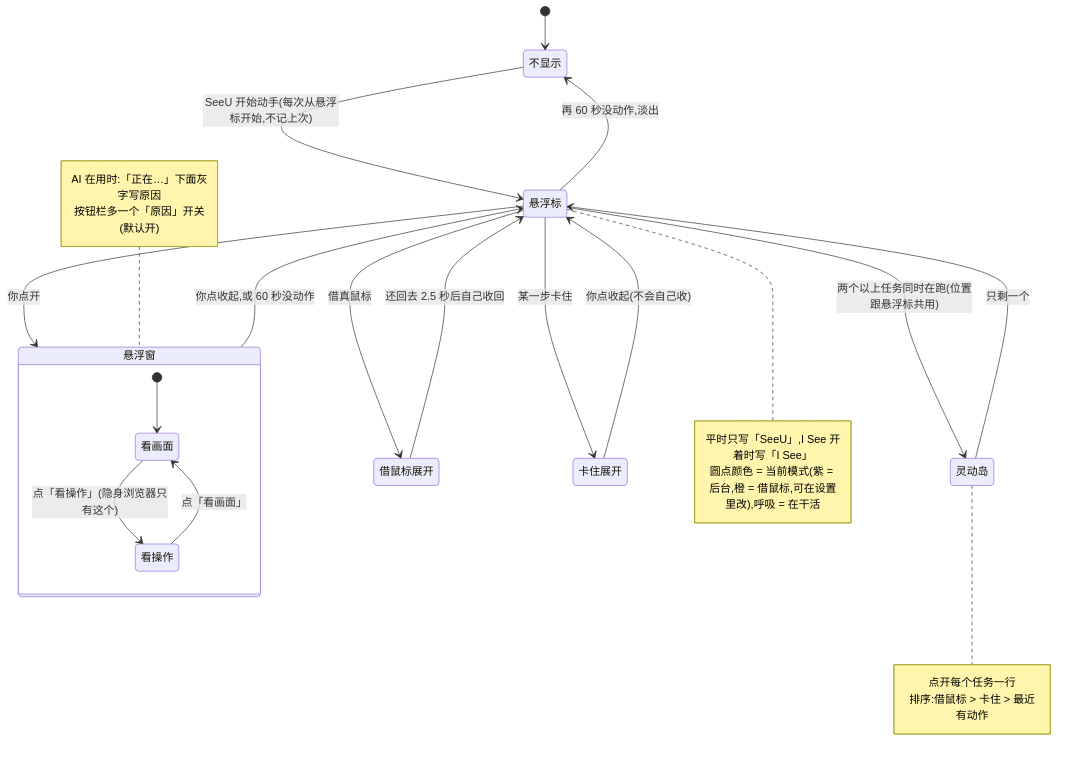
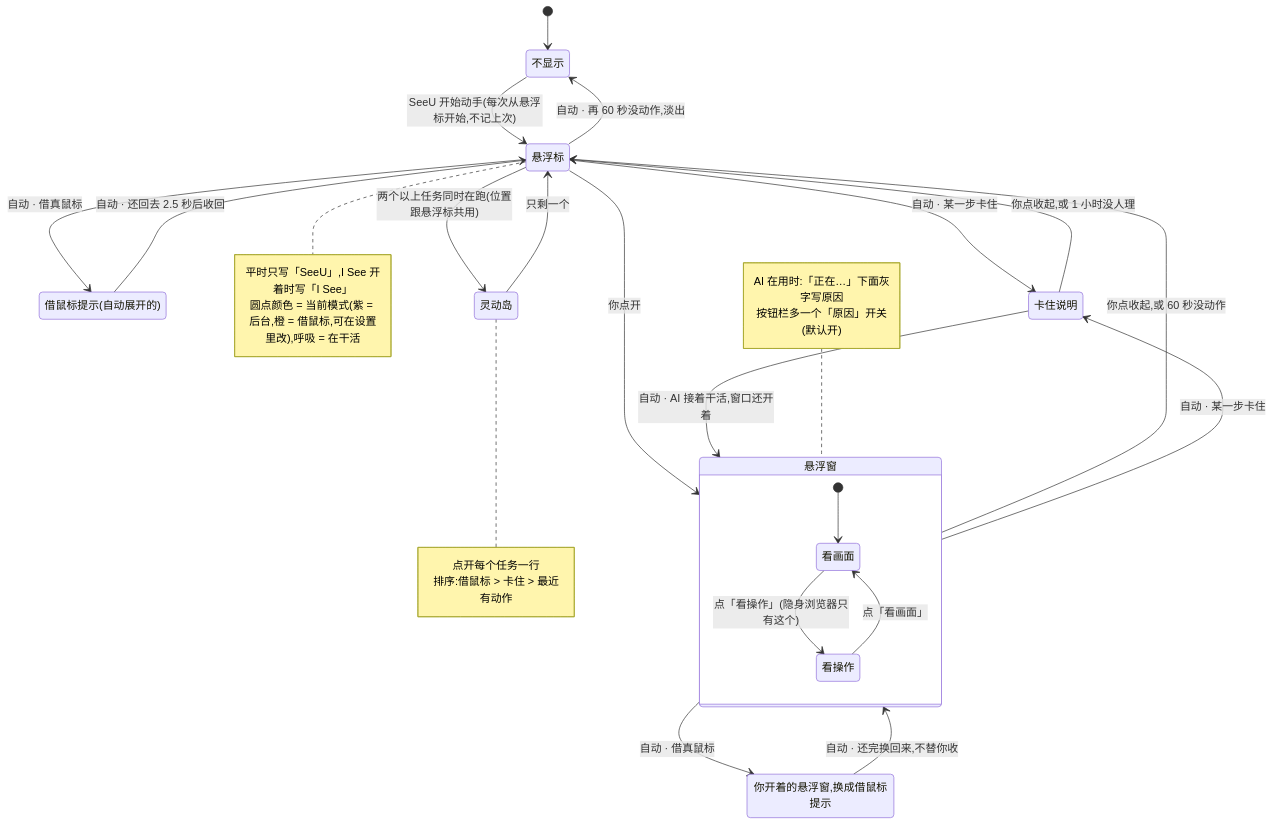
Before and after one commit to Mr-Bingoo/seeu-computeruse: diagram 14 of 16 in docs/SeeU-业务图.zh-CN.md, drawn with Mermaid. The commit also changed other lines of this file and 67 other files, not shown here.

````diff
--- a/docs/SeeU-业务图.zh-CN.md
+++ b/docs/SeeU-业务图.zh-CN.md
@@ -647,39 +648,44 @@
 ```mermaid
 stateDiagram-v2
   None: 不显示
   Badge: 悬浮标
   Win: 悬浮窗
-  Borrow: 借鼠标展开
-  Stuck: 卡住展开
+  Borrow: 借鼠标提示(自动展开的)
+  WinBorrow: 你开着的悬浮窗,换成借鼠标提示
+  Stuck: 卡住说明
   Island: 灵动岛
   [*] --> None
   None --> Badge: SeeU 开始动手(每次从悬浮标开始,不记上次)
   Badge --> Win: 你点开
   Win --> Badge: 你点收起,或 60 秒没动作
-  Badge --> None: 再 60 秒没动作,淡出
-  Badge --> Borrow: 借真鼠标
-  Borrow --> Badge: 还回去 2.5 秒后自己收回
-  Badge --> Stuck: 某一步卡住
-  Stuck --> Badge: 你点收起(不会自己收)
+  Badge --> None: 自动 · 再 60 秒没动作,淡出
+  Badge --> Borrow: 自动 · 借真鼠标
+  Borrow --> Badge: 自动 · 还回去 2.5 秒后收回
+  Win --> WinBorrow: 自动 · 借真鼠标
+  WinBorrow --> Win: 自动 · 还完换回来,不替你收
+  Badge --> Stuck: 自动 · 某一步卡住
+  Win --> Stuck: 自动 · 某一步卡住
+  Stuck --> Win: 自动 · AI 接着干活,窗口还开着
+  Stuck --> Badge: 你点收起,或 1 小时没人理
   state Win {
     Live: 看画面
     Steps: 看操作
     [*] --> Live
     Live --> Steps: 点「看操作」(隐身浏览器只有这个)
     Steps --> Live: 点「看画面」
   }
   Badge --> Island: 两个以上任务同时在跑(位置跟悬浮标共用)
   Island --> Badge: 只剩一个
   note right of Badge
     平时只写「SeeU」,I See 开着时写「I See」
     圆点颜色 = 当前模式(紫 = 后台,橙 = 借鼠标,可在设置里改),呼吸 = 在干活
   end note
   note left of Win
     AI 在用时:「正在…」下面灰字写原因
     按钮栏多一个「原因」开关(默认开)
   end note
   note right of Island
     点开每个任务一行
     排序:借鼠标 > 卡住 > 最近有动作
   end note
 ```
````
